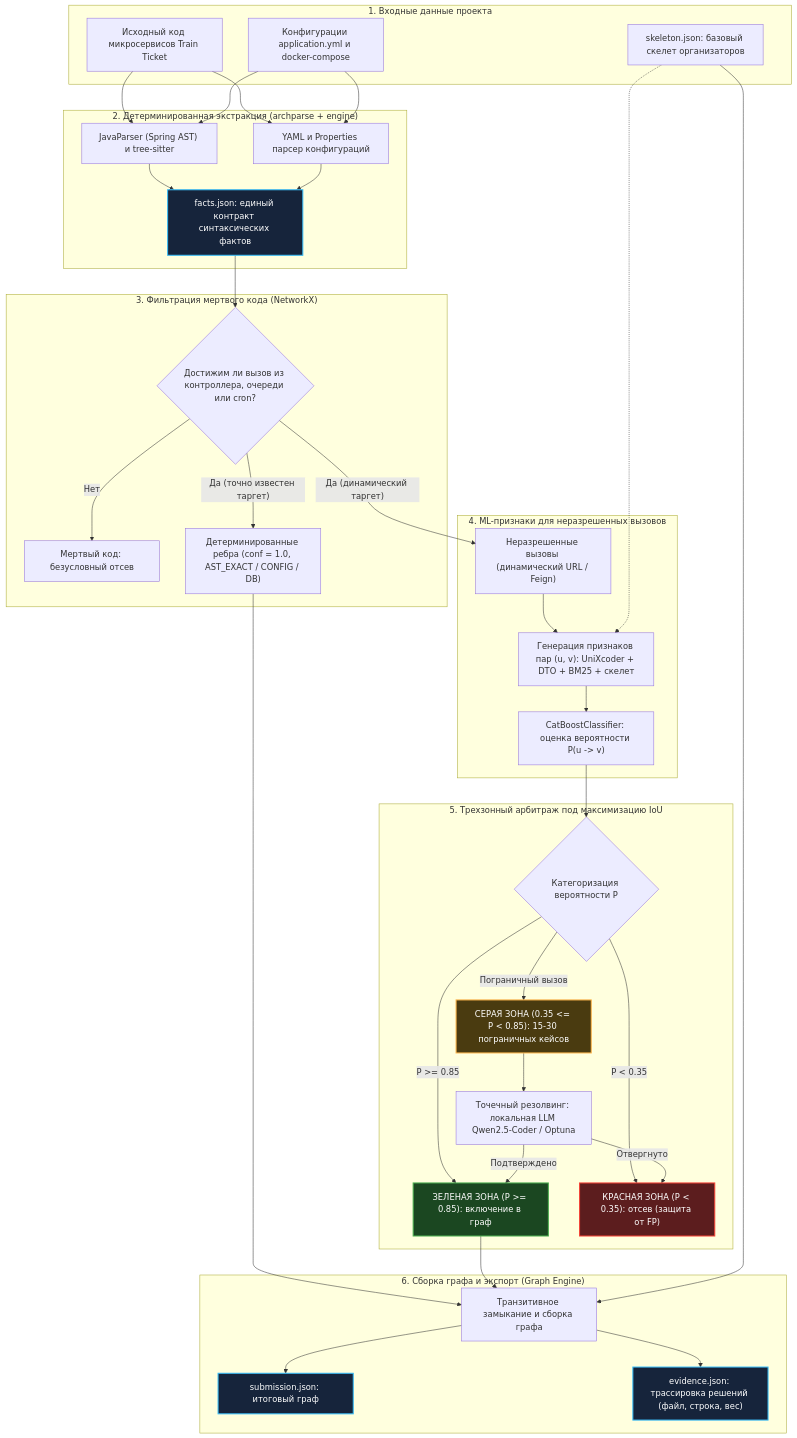
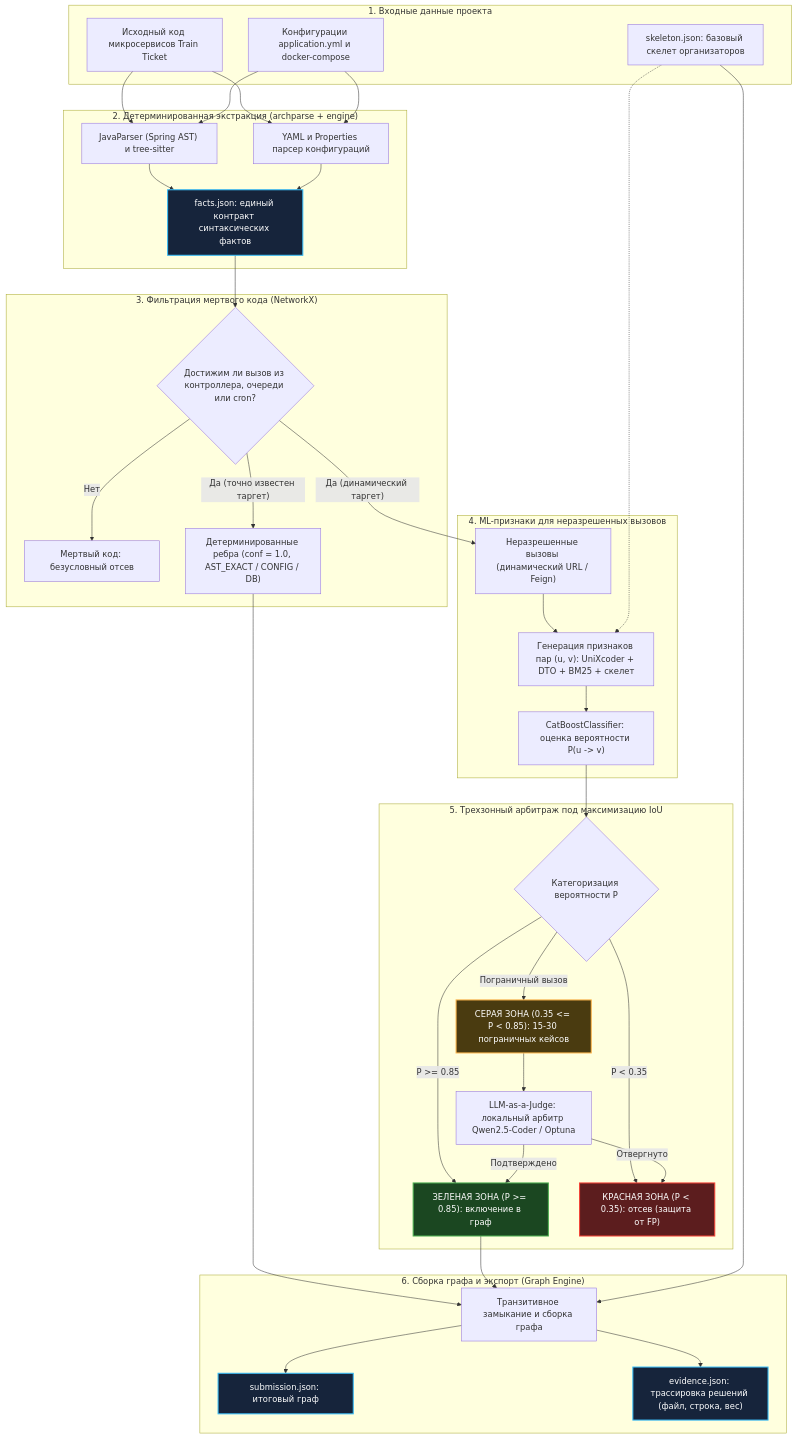
Before and after one commit to teamv39/archonity: the diagram in docs/rfc/rfc-05_hybrid_recovery_pipeline_and_arbitration.md, drawn with Mermaid. The commit also changed other lines of this file and 3 other files, not shown here.

Commit message:
docs: supersede RFC-01 and RFC-04, update open-questions and add LLM-as-a-Judge to RFC-05

```diff
--- a/docs/rfc/rfc-05_hybrid_recovery_pipeline_and_arbitration.md
+++ b/docs/rfc/rfc-05_hybrid_recovery_pipeline_and_arbitration.md
@@ -69,7 +69,7 @@
         GREEN["ЗЕЛЕНАЯ ЗОНА (P >= 0.85): включение в граф"]
         RED["КРАСНАЯ ЗОНА (P < 0.35): отсев (защита от FP)"]
         GRAY["СЕРАЯ ЗОНА (0.35 <= P < 0.85): 15-30 пограничных кейсов"]
-        RESOLVER["Точечный резолвинг: локальная LLM Qwen2.5-Coder / Optuna"]
+        RESOLVER["LLM-as-a-Judge: локальный арбитр Qwen2.5-Coder / Optuna"]
     end
 
     %% Финальная сборка
```
